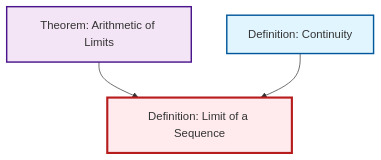
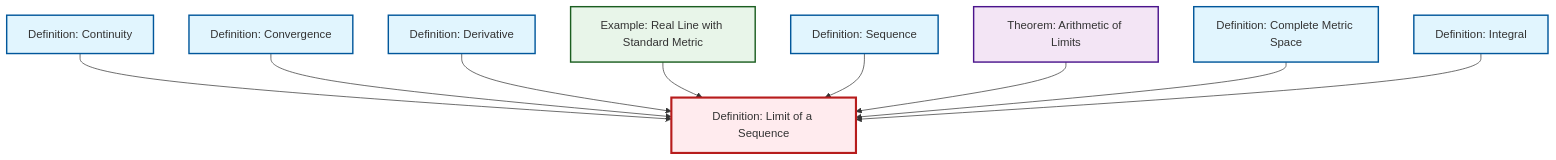
The diagram in content/en/analysis/def-limit.qmd (RK0429/ModernMath), drawn with Mermaid before and after one commit. The commit also changed other lines of this file and 203 other files, not shown here.

````diff
--- a/content/en/analysis/def-limit.qmd
+++ b/content/en/analysis/def-limit.qmd
@@ -48,18 +48,27 @@
 ```{mermaid}
 %%| fig-cap: "Local dependency graph"
 graph TD
     classDef definition fill:#e1f5fe,stroke:#01579b,stroke-width:2px
     classDef theorem fill:#f3e5f5,stroke:#4a148c,stroke-width:2px
     classDef axiom fill:#fff3e0,stroke:#e65100,stroke-width:2px
     classDef example fill:#e8f5e9,stroke:#1b5e20,stroke-width:2px
     classDef current fill:#ffebee,stroke:#b71c1c,stroke-width:3px
-    thm-limit-arithmetic["Theorem: Arithmetic of Limits"]:::theorem
     def-continuity["Definition: Continuity"]:::definition
     def-limit["Definition: Limit of a Sequence"]:::definition
+    def-complete-metric-space["Definition: Complete Metric Space"]:::definition
+    ex-real-line-metric["Example: Real Line with Standard Metric"]:::example
+    def-sequence["Definition: Sequence"]:::definition
+    thm-limit-arithmetic["Theorem: Arithmetic of Limits"]:::theorem
+    def-convergence["Definition: Convergence"]:::definition
+    def-derivative["Definition: Derivative"]:::definition
+    def-integral["Definition: Integral"]:::definition
+    def-continuity --> def-limit
+    def-convergence --> def-limit
+    def-derivative --> def-limit
+    ex-real-line-metric --> def-limit
+    def-sequence --> def-limit
     thm-limit-arithmetic --> def-limit
-    def-continuity --> def-limit
+    def-complete-metric-space --> def-limit
+    def-integral --> def-limit
     class def-limit current
-
-    click thm-limit-arithmetic "thm-limit-arithmetic.html" "Go to Arithmetic of Limits theorem"
-    click def-continuity "def-continuity.html" "Go to Continuity definition"
 ```
````
